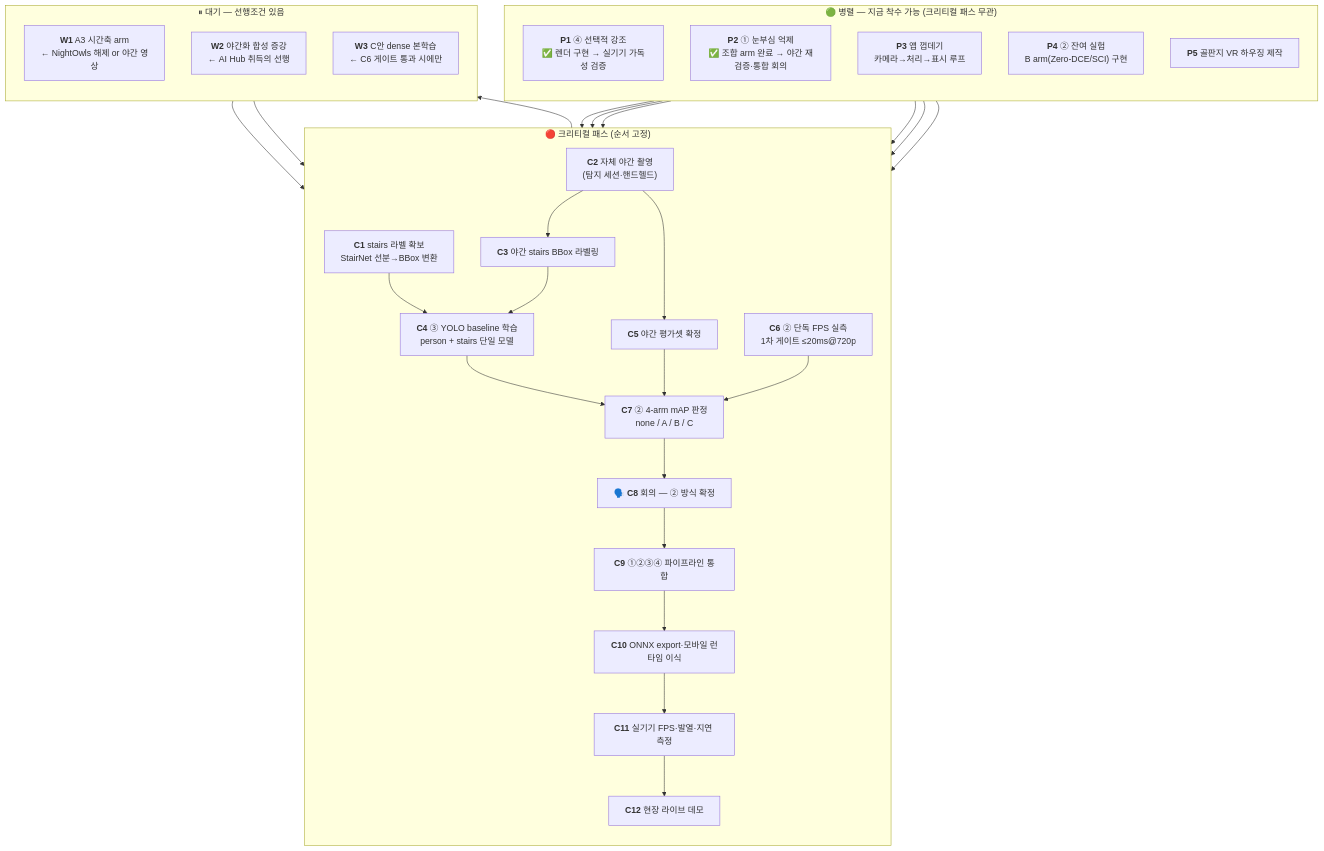
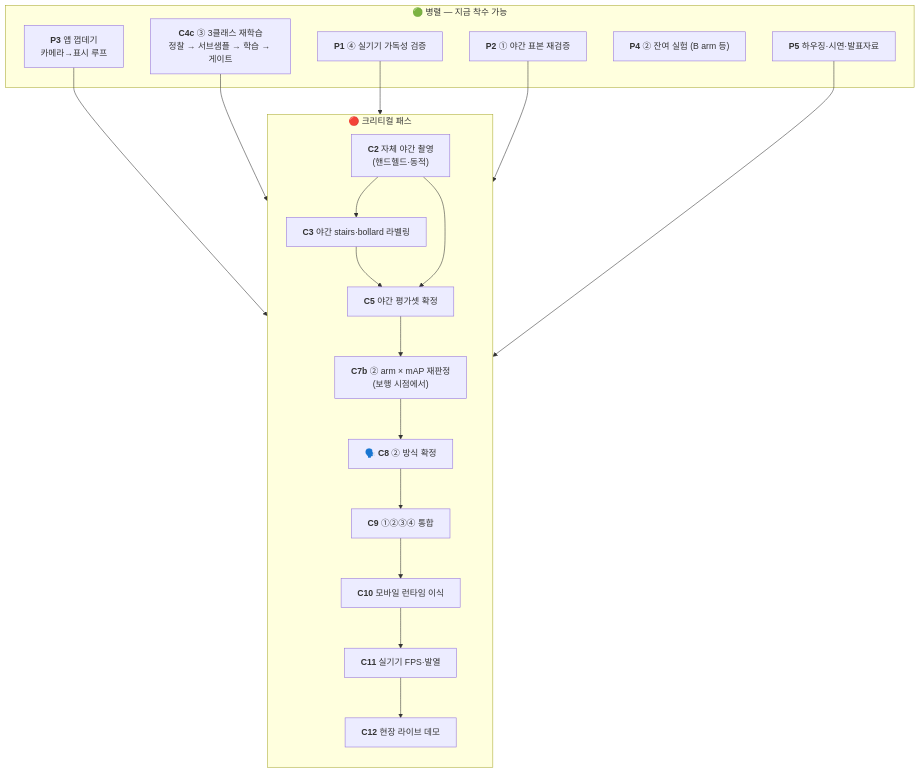
Before and after one commit to kty2001/KDT_Hackathon: the diagram in docs/TODO.md, drawn with Mermaid. The commit also changed other lines of this file and 11 other files, not shown here.

````diff
--- a/docs/TODO.md
+++ b/docs/TODO.md
@@ -59,51 +40,33 @@
 ```mermaid
 flowchart TD
-    subgraph CP["🔴 크리티컬 패스 (순서 고정)"]
+    subgraph CP["🔴 크리티컬 패스"]
         direction TB
-        C1["<b>C1</b> stairs 라벨 확보<br/>StairNet 선분→BBox 변환"]
-        C2["<b>C2</b> 자체 야간 촬영<br/>(탐지 세션·핸드헬드)"]
-        C3["<b>C3</b> 야간 stairs BBox 라벨링"]
-        C4["<b>C4</b> ③ YOLO baseline 학습<br/>person + stairs 단일 모델"]
+        C2["<b>C2</b> 자체 야간 촬영<br/>(핸드헬드·동적)"]
+        C3["<b>C3</b> 야간 stairs·bollard 라벨링"]
         C5["<b>C5</b> 야간 평가셋 확정"]
-        C6["<b>C6</b> ② 단독 FPS 실측<br/>1차 게이트 ≤20ms@720p"]
-        C7["<b>C7</b> ② 4-arm mAP 판정<br/>none / A / B / C"]
-        C8["🗣️ <b>C8</b> 회의 — ② 방식 확정"]
-        C9["<b>C9</b> ①②③④ 파이프라인 통합"]
-        C10["<b>C10</b> ONNX export·모바일 런타임 이식"]
-        C11["<b>C11</b> 실기기 FPS·발열·지연 측정"]
+        C7b["<b>C7b</b> ② arm × mAP 재판정<br/>(보행 시점에서)"]
+        C8["🗣️ <b>C8</b> ② 방식 확정"]
+        C9["<b>C9</b> ①②③④ 통합"]
+        C10["<b>C10</b> 모바일 런타임 이식"]
+        C11["<b>C11</b> 실기기 FPS·발열"]
         C12["<b>C12</b> 현장 라이브 데모"]
 
-        C1 --> C4
-        C2 --> C3 --> C4
+        C2 --> C3 --> C5 --> C7b --> C8 --> C9 --> C10 --> C11 --> C12
         C2 --> C5
-        C4 --> C7
-        C5 --> C7
-        C6 --> C7
-        C7 --> C8 --> C9 --> C10 --> C11 --> C12
     end
 
-    subgraph PAR["🟢 병렬 — 지금 착수 가능 (크리티컬 패스 무관)"]
-        direction TB
-        N1["<b>P1</b> ④ 선택적 강조<br/>✅ 렌더 구현 → 실기기 가독성 검증"]
-        N2["<b>P2</b> ① 눈부심 억제<br/>✅ 조합 arm 완료 → 야간 재검증·통합 회의"]
-        N3["<b>P3</b> 앱 껍데기<br/>카메라→처리→표시 루프"]
-        N4["<b>P4</b> ② 잔여 실험<br/>B arm(Zero-DCE/SCI) 구현"]
-        N5["<b>P5</b> 골판지 VR 하우징 제작"]
+    subgraph PAR["🟢 병렬 — 지금 착수 가능"]
+        N3["<b>P3</b> 앱 껍데기<br/>카메라→표시 루프"]
+        N4c["<b>C4c</b> ③ 3클래스 재학습<br/>정찰 → 서브샘플 → 학습 → 게이트"]
+        N1["<b>P1</b> ④ 실기기 가독성 검증"]
+        N2["<b>P2</b> ① 야간 표본 재검증"]
+        N4["<b>P4</b> ② 잔여 실험 (B arm 등)"]
+        N5["<b>P5</b> 하우징·시연·발표자료"]
     end
 
-    subgraph WAIT["⏸ 대기 — 선행조건 있음"]
-        direction TB
-        N6["<b>W1</b> A3 시간축 arm<br/>← NightOwls 해제 or 야간 영상"]
-        N7["<b>W2</b> 야간화 합성 증강<br/>← AI Hub 취득의 선행"]
-        N8["<b>W3</b> C안 dense 본학습<br/>← C6 게이트 통과 시에만"]
-    end
-
+    N3 --> C9
+    N4c --> C7b
     N1 --> C9
-    N2 --> C6
     N2 --> C9
-    N3 --> C9
-    N4 --> C6
     N5 --> C11
-    N6 --> C9
-    C6 --> N8 --> C7
 ```
````
